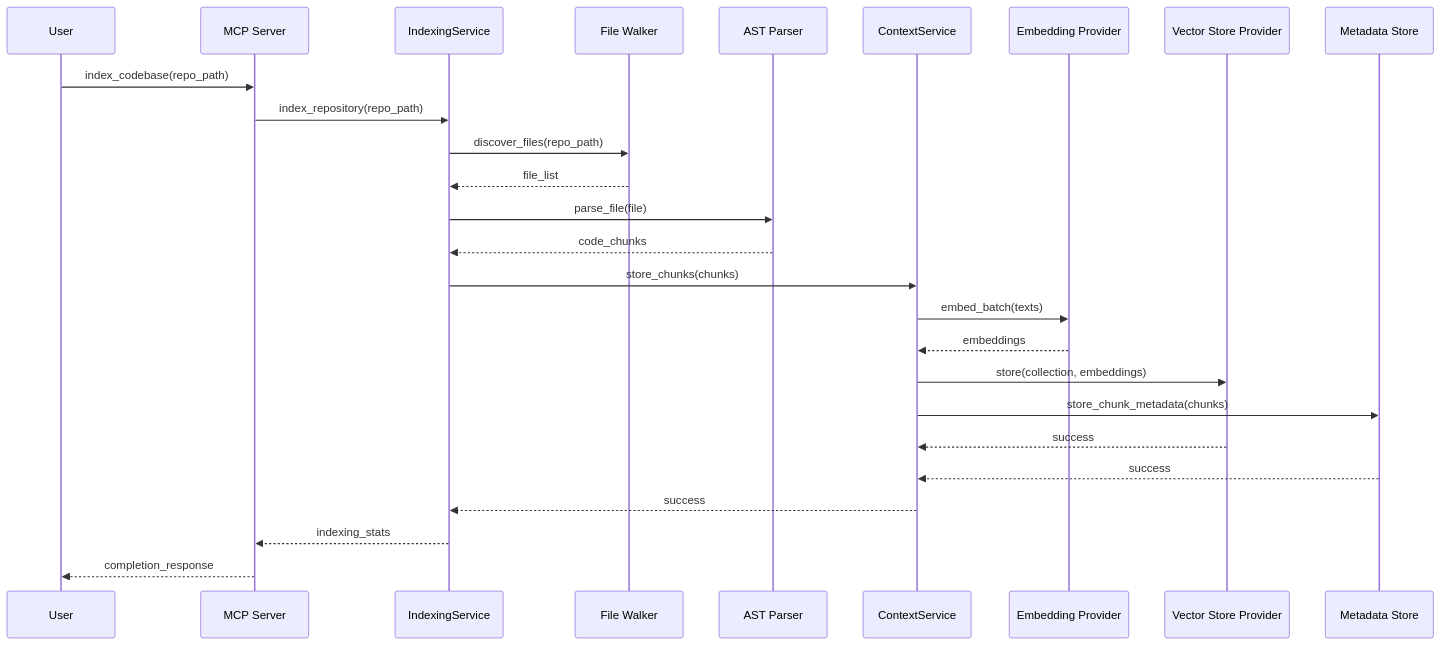
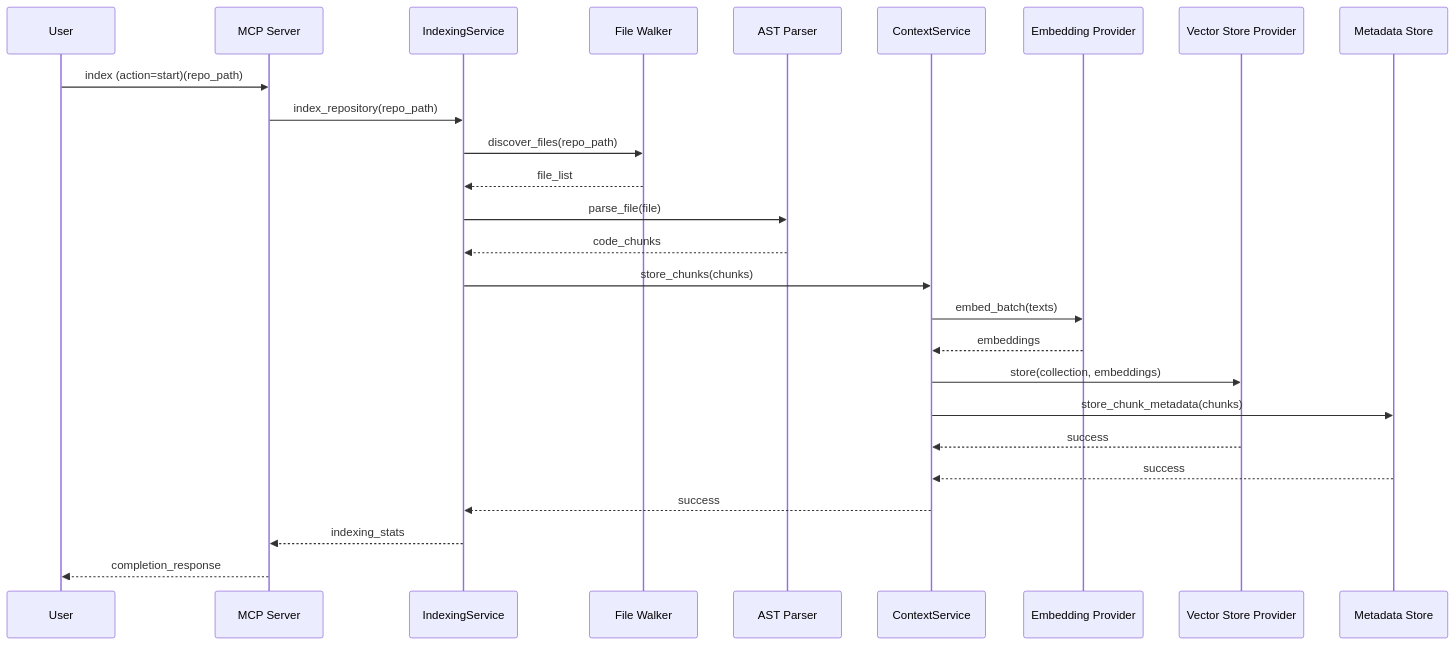
One commit to marlonsc/mcb changed the fifth of 6 diagrams in docs/architecture/ARCHITECTURE.md. Above: the diagram before and after it, drawn with Mermaid. The commit also changed other lines of this file and 96 other files, not shown here.

````diff
--- a/docs/architecture/ARCHITECTURE.md
+++ b/docs/architecture/ARCHITECTURE.md
@@ -1135,35 +1135,35 @@
 ```mermaid
 sequenceDiagram
     participant User
     participant MCP as MCP Server
     participant IndexSvc as IndexingService
     participant FileWalk as File Walker
     participant Parser as AST Parser
     participant ContextSvc as ContextService
     participant EmbProv as Embedding Provider
     participant VecProv as Vector Store Provider
     participant Metadata as Metadata Store
 
-    User->>MCP: index_codebase(repo_path)
+    User->>MCP: index (action=start)(repo_path)
     MCP->>IndexSvc: index_repository(repo_path)
 
     IndexSvc->>FileWalk: discover_files(repo_path)
     FileWalk-->>IndexSvc: file_list
 
     IndexSvc->>Parser: parse_file(file)
     Parser-->>IndexSvc: code_chunks
 
     IndexSvc->>ContextSvc: store_chunks(chunks)
     ContextSvc->>EmbProv: embed_batch(texts)
     EmbProv-->>ContextSvc: embeddings
 
     ContextSvc->>VecProv: store(collection, embeddings)
     ContextSvc->>Metadata: store_chunk_metadata(chunks)
 
     VecProv-->>ContextSvc: success
     Metadata-->>ContextSvc: success
     ContextSvc-->>IndexSvc: success
 
     IndexSvc-->>MCP: indexing_stats
     MCP-->>User: completion_response
 ```
````
